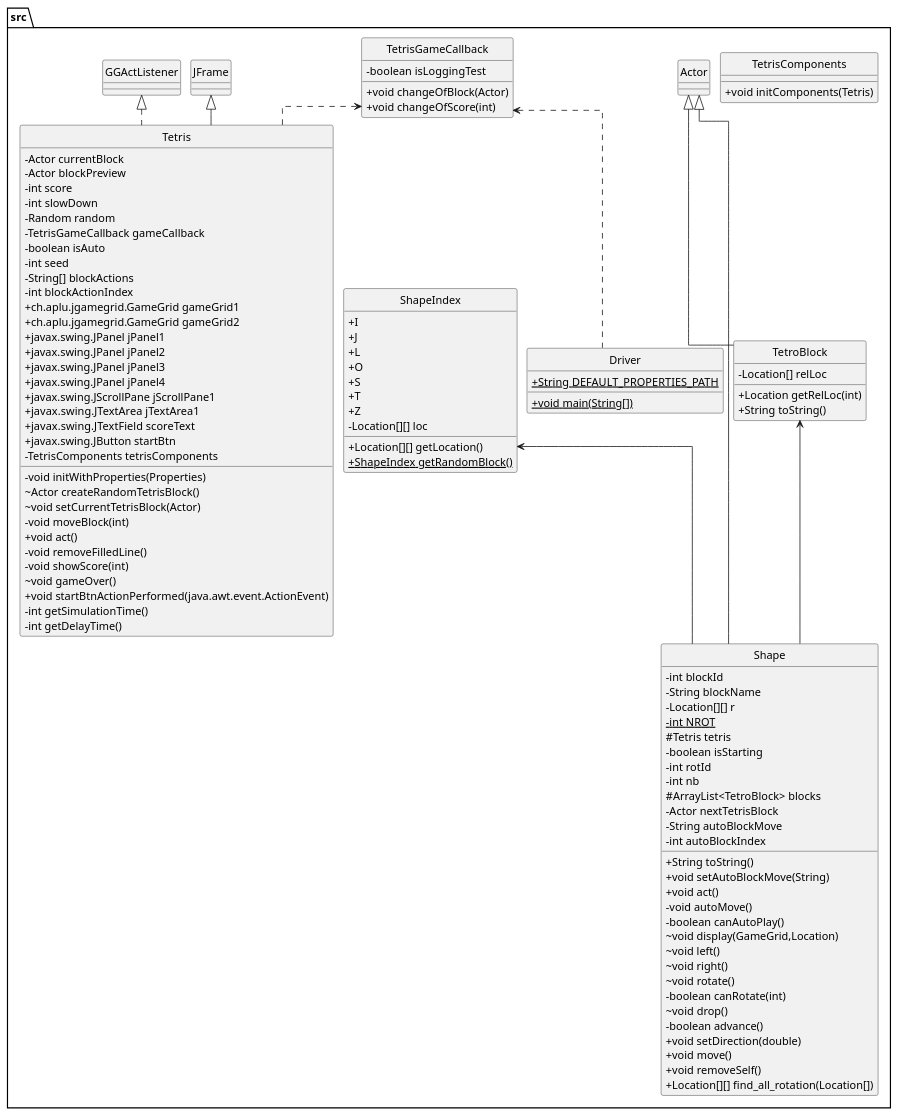
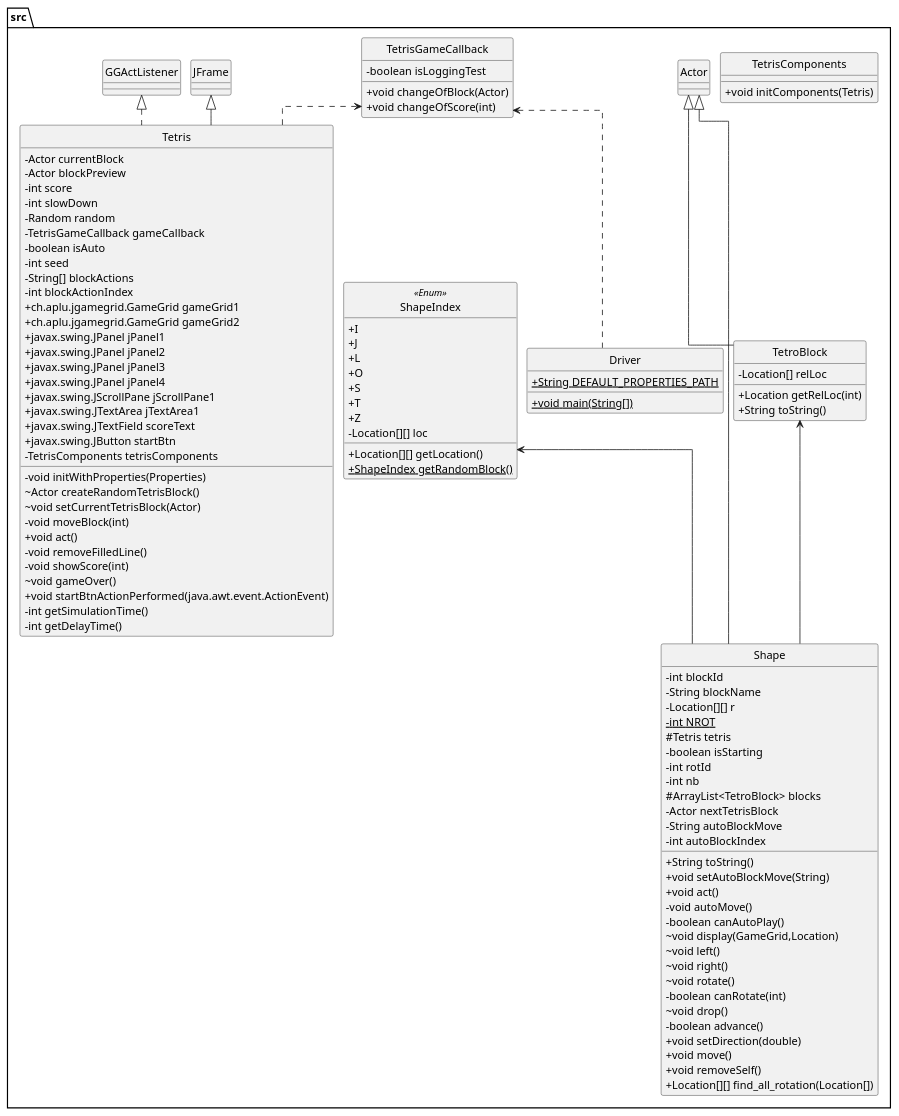
The diagram in test.puml (Muckthebuck/SWEN30006_22B_Project1_spec), drawn with PlantUML before and after one commit.

```diff
--- a/test.puml
+++ b/test.puml
@@ -1,113 +1,113 @@
 @startuml
 top to bottom direction
 skinparam linetype ortho
 skinparam HorizontalAlignment center
 skinparam classAttributeIconSize 0
 skinparam nodesep 13
 skinparam ranksep 10
 skinparam style strictuml
 class src.Shape {
 - int blockId
 - String blockName
 - Location[][] r
 - {static} int NROT
 # Tetris tetris
 - boolean isStarting
 - int rotId
 - int nb
 # ArrayList<TetroBlock> blocks
 - Actor nextTetrisBlock
 - String autoBlockMove
 - int autoBlockIndex
 + String toString()
 + void setAutoBlockMove(String)
 + void act()
 - void autoMove()
 - boolean canAutoPlay()
 ~ void display(GameGrid,Location)
 ~ void left()
 ~ void right()
 ~ void rotate()
 - boolean canRotate(int)
 ~ void drop()
 - boolean advance()
 + void setDirection(double)
 + void move()
 + void removeSelf()
 + Location[][] find_all_rotation(Location[])
 }
-enum src.ShapeIndex {
+enum src.ShapeIndex <<Enum>> {
 +  I
 +  J
 +  L
 +  O
 +  S
 +  T
 +  Z
 - Location[][] loc
 + Location[][] getLocation()
 + {static} ShapeIndex getRandomBlock()
 }
 class src.TetrisComponents {
 + void initComponents(Tetris)
 }
 
 class src.Tetris {
 - Actor currentBlock
 - Actor blockPreview
 - int score
 - int slowDown
 - Random random
 - TetrisGameCallback gameCallback
 - boolean isAuto
 - int seed
 - String[] blockActions
 - int blockActionIndex
 + ch.aplu.jgamegrid.GameGrid gameGrid1
 + ch.aplu.jgamegrid.GameGrid gameGrid2
 + javax.swing.JPanel jPanel1
 + javax.swing.JPanel jPanel2
 + javax.swing.JPanel jPanel3
 + javax.swing.JPanel jPanel4
 + javax.swing.JScrollPane jScrollPane1
 + javax.swing.JTextArea jTextArea1
 + javax.swing.JTextField scoreText
 + javax.swing.JButton startBtn
 - TetrisComponents tetrisComponents
 - void initWithProperties(Properties)
 ~ Actor createRandomTetrisBlock()
 ~ void setCurrentTetrisBlock(Actor)
 - void moveBlock(int)
 + void act()
 - void removeFilledLine()
 - void showScore(int)
 ~ void gameOver()
 + void startBtnActionPerformed(java.awt.event.ActionEvent)
 - int getSimulationTime()
 - int getDelayTime()
 }
 class src.TetroBlock {
 - Location[] relLoc
 + Location getRelLoc(int)
 + String toString()
 }
 class src.Driver {
 + {static} String DEFAULT_PROPERTIES_PATH
 + {static} void main(String[])
 }
 class src.TetrisGameCallback {
 - boolean isLoggingTest
 + void changeOfBlock(Actor)
 + void changeOfScore(int)
 }
 
 
 src.Actor <|-- src.Shape
 src.GGActListener <|.. src.Tetris
 src.JFrame <|-- src.Tetris
 src.Actor <|-- src.TetroBlock
 src.TetrisGameCallback <.. src.Tetris
 src.TetrisGameCallback <.. src.Driver
 src.TetroBlock <-- src.Shape
 src.ShapeIndex <-- src.Shape
 @enduml
```
